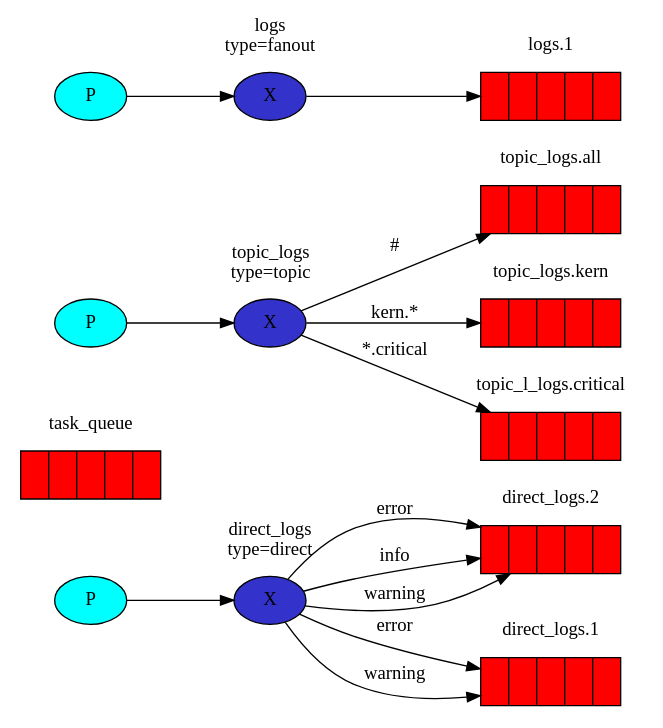
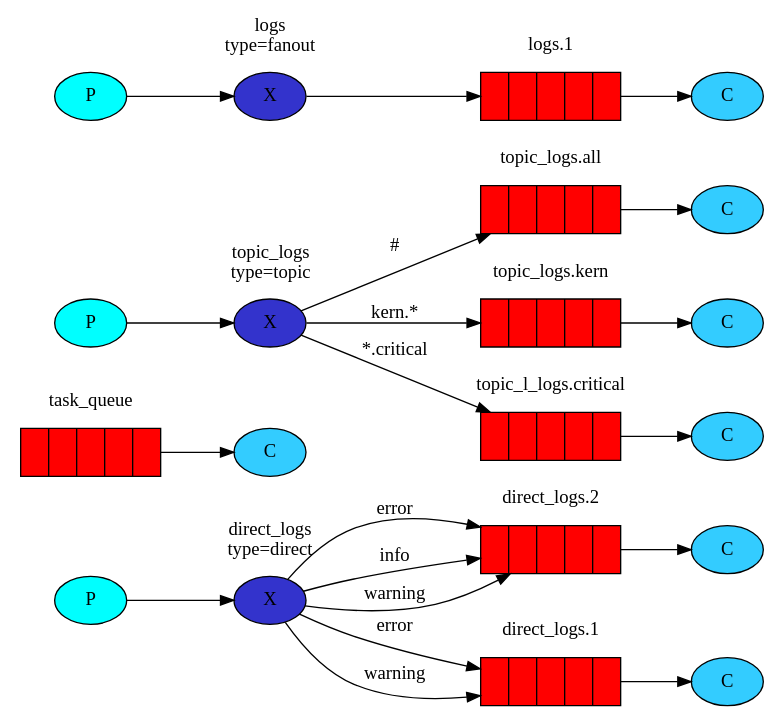
Before and after one commit to ljcoomber/rabbitmq-graphviz: the diagram in samples/tutorial.dot, drawn with Graphviz. The commit also changed 2 other files, not shown here.

```diff
--- a/samples/tutorial.dot
+++ b/samples/tutorial.dot
@@ -1,82 +1,96 @@
 digraph {
   bgcolor=transparent;
   truecolor=true;
   rankdir=LR;
   node [style="filled"];
 
   subgraph cluster_Q_direct_logs_2 {
     label="direct_logs.2";
     color=transparent;
     "Q_direct_logs_2" [label="{||||}", fillcolor="red", shape="record"];
   }
 
+  "C_direct_logs_2" [label="C", fillcolor="#33ccff"];
+  "Q_direct_logs_2" -> "C_direct_logs_2"
   subgraph cluster_Q_task_queue {
     label="task_queue";
     color=transparent;
     "Q_task_queue" [label="{||||}", fillcolor="red", shape="record"];
   }
 
+  "C_task_queue" [label="C", fillcolor="#33ccff"];
+  "Q_task_queue" -> "C_task_queue"
   subgraph cluster_Q_direct_logs_1 {
     label="direct_logs.1";
     color=transparent;
     "Q_direct_logs_1" [label="{||||}", fillcolor="red", shape="record"];
   }
 
+  "C_direct_logs_1" [label="C", fillcolor="#33ccff"];
+  "Q_direct_logs_1" -> "C_direct_logs_1"
   subgraph cluster_Q_topic_logs_all {
     label="topic_logs.all";
     color=transparent;
     "Q_topic_logs_all" [label="{||||}", fillcolor="red", shape="record"];
   }
 
+  "C_topic_logs_all" [label="C", fillcolor="#33ccff"];
+  "Q_topic_logs_all" -> "C_topic_logs_all"
   subgraph cluster_Q_logs_1 {
     label="logs.1";
     color=transparent;
     "Q_logs_1" [label="{||||}", fillcolor="red", shape="record"];
   }
 
+  "C_logs_1" [label="C", fillcolor="#33ccff"];
+  "Q_logs_1" -> "C_logs_1"
   subgraph cluster_Q_topic_logs_kern {
     label="topic_logs.kern";
     color=transparent;
     "Q_topic_logs_kern" [label="{||||}", fillcolor="red", shape="record"];
   }
 
+  "C_topic_logs_kern" [label="C", fillcolor="#33ccff"];
+  "Q_topic_logs_kern" -> "C_topic_logs_kern"
   subgraph cluster_Q_topic_l_logs_critical {
     label="topic_l_logs.critical";
     color=transparent;
     "Q_topic_l_logs_critical" [label="{||||}", fillcolor="red", shape="record"];
   }
 
+  "C_topic_l_logs_critical" [label="C", fillcolor="#33ccff"];
+  "Q_topic_l_logs_critical" -> "C_topic_l_logs_critical"
   subgraph cluster_X_topic_logs {
     label="topic_logs\ntype=topic";
     color=transparent;
     "X_topic_logs" [label="X", fillcolor="#3333CC", shape="ellipse"];
   }
 
   "P_topic_logs" [label="P", style="filled", fillcolor="#00ffff"];
   "P_topic_logs" -> "X_topic_logs";
   subgraph cluster_X_logs {
     label="logs\ntype=fanout";
     color=transparent;
     "X_logs" [label="X", fillcolor="#3333CC", shape="ellipse"];
   }
 
   "P_logs" [label="P", style="filled", fillcolor="#00ffff"];
   "P_logs" -> "X_logs";
   subgraph cluster_X_direct_logs {
     label="direct_logs\ntype=direct";
     color=transparent;
     "X_direct_logs" [label="X", fillcolor="#3333CC", shape="ellipse"];
   }
 
   "P_direct_logs" [label="P", style="filled", fillcolor="#00ffff"];
   "P_direct_logs" -> "X_direct_logs";
   X_direct_logs -> Q_direct_logs_1 [label="error"];
   X_direct_logs -> Q_direct_logs_2 [label="error"];
   X_direct_logs -> Q_direct_logs_2 [label="info"];
   X_direct_logs -> Q_direct_logs_1 [label="warning"];
   X_direct_logs -> Q_direct_logs_2 [label="warning"];
   X_logs -> Q_logs_1 [label=""];
   X_topic_logs -> Q_topic_logs_all [label="#"];
   X_topic_logs -> Q_topic_l_logs_critical [label="*.critical"];
   X_topic_logs -> Q_topic_logs_kern [label="kern.*"];
 }
```
